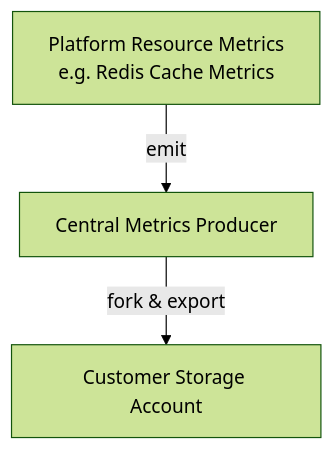
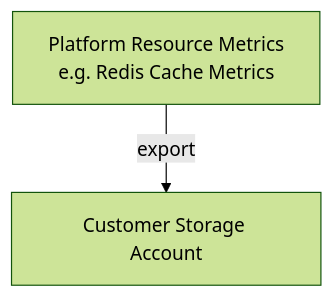
Before and after one commit to mvsnbharath/Design: the first of 5 diagrams in AWS/Msft/e2e.md, drawn with Mermaid (forest theme). The commit also changed other lines of this file, not shown here.

````diff
--- a/AWS/Msft/e2e.md
+++ b/AWS/Msft/e2e.md
@@ -5,5 +5,4 @@
 ```mermaid
 flowchart TB
-    A[Platform Resource Metrics<br/>e.g. Redis Cache Metrics] -->|emit| B[Central Metrics Producer]
-    B -->|fork & export| C[Customer Storage Account]
+    A[Platform Resource Metrics<br/>e.g. Redis Cache Metrics] -->|export| B[Customer Storage Account]
 ```
````
